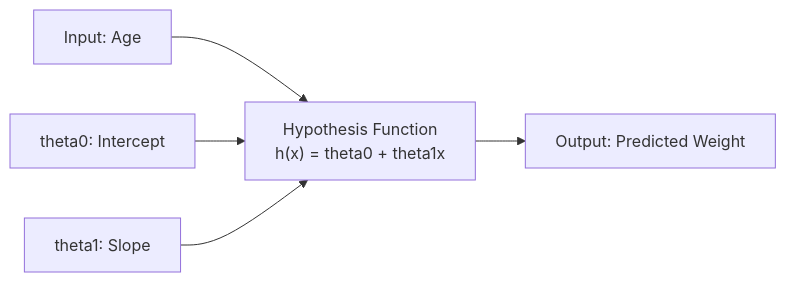
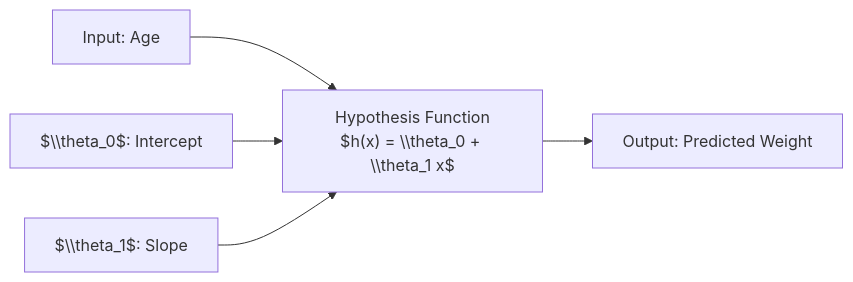
One commit to nishant-iith/Learning-AI-ML changed the second of 5 diagrams in ML Revision/03-Linear-Regression.md. Above: the diagram before and after it, drawn with Mermaid. The commit also changed other lines of this file and 2 other files, not shown here.

````diff
--- a/ML Revision/03-Linear-Regression.md
+++ b/ML Revision/03-Linear-Regression.md
@@ -38,8 +38,8 @@
 ```mermaid
 flowchart LR
-    A["Input: Age"] --> B["Hypothesis Function<br/>h(x) = theta0 + theta1x"]
+    A["Input: Age"] --> B["Hypothesis Function<br/>$h(x) = \\theta_0 + \\theta_1 x$"]
     B --> C["Output: Predicted Weight"]
 
-    D["theta0: Intercept"] --> B
-    E["theta1: Slope"] --> B
+    D["$\\theta_0$: Intercept"] --> B
+    E["$\\theta_1$: Slope"] --> B
 ```
````
